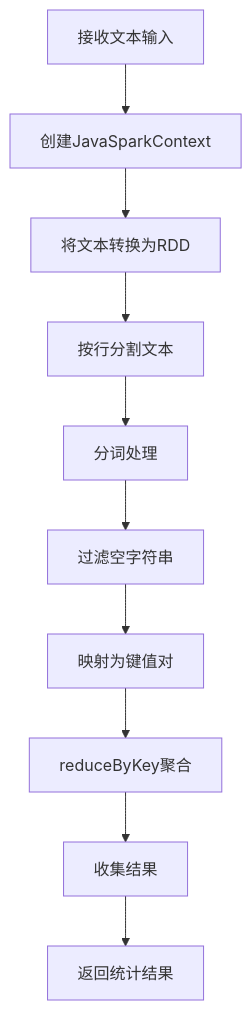
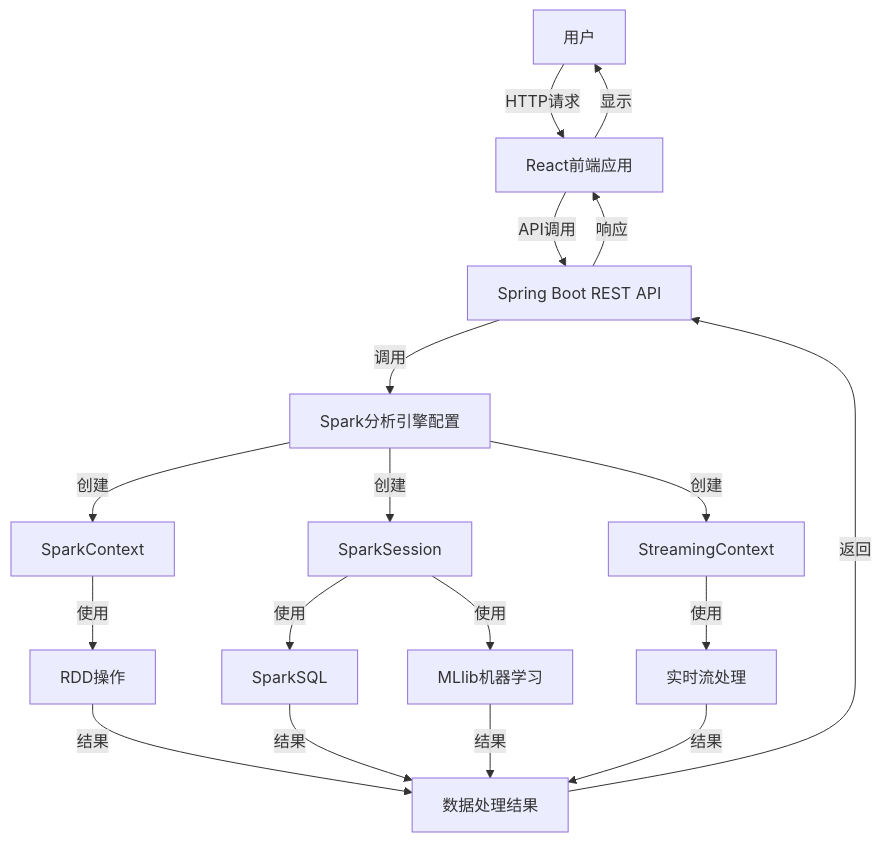
Before and after one commit to HangerLIN/spark-demo: the first of 11 diagrams in README.md, drawn with Mermaid. The commit also changed other lines of this file, not shown here.

Commit message:
更新README，添加详细API说明和流程图

````diff
--- a/README.md
+++ b/README.md
@@ -89,12 +20,20 @@
 ```mermaid
 graph TD
-    A[接收文本输入] --> B[创建JavaSparkContext]
-    B --> C[将文本转换为RDD]
-    C --> D[按行分割文本]
-    D --> E[分词处理]
-    E --> F[过滤空字符串]
-    F --> G[映射为键值对]
-    G --> H[reduceByKey聚合]
-    H --> I[收集结果]
-    I --> J[返回统计结果]
+    A[用户] -->|HTTP请求| B[React前端应用]
+    B -->|API调用| C[Spring Boot REST API]
+    C -->|调用| D[Spark分析引擎配置]
+    D -->|创建| E1[SparkContext]
+    D -->|创建| E2[SparkSession]
+    D -->|创建| E3[StreamingContext]
+    E1 -->|使用| F1[RDD操作]
+    E2 -->|使用| F2[SparkSQL]
+    E2 -->|使用| F3[MLlib机器学习]
+    E3 -->|使用| F4[实时流处理]
+    F1 -->|结果| G[数据处理结果]
+    F2 -->|结果| G
+    F3 -->|结果| G
+    F4 -->|结果| G
+    G -->|返回| C
+    C -->|响应| B
+    B -->|显示| A
 ```
````
